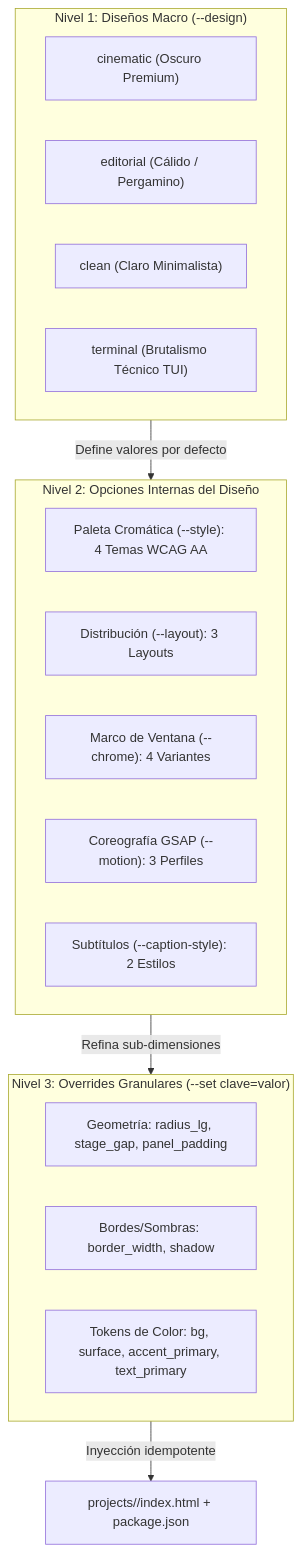
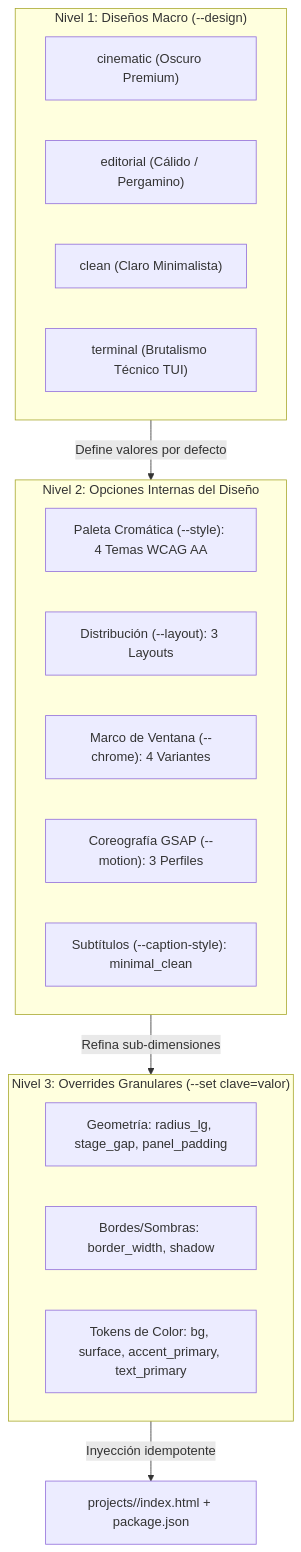
The diagram in docs/04-sistema-de-diseno/01-sistema-de-diseno-y-estilos.md (JorgeDoicela/video-pipeline), drawn with Mermaid before and after one commit. The commit also changed 4 other files, not shown here.

Commit message:
docs: sincronizar documentacion y docstrings con catalogo canonico y minimal_clean

````diff
--- a/docs/04-sistema-de-diseno/01-sistema-de-diseno-y-estilos.md
+++ b/docs/04-sistema-de-diseno/01-sistema-de-diseno-y-estilos.md
@@ -11,27 +11,27 @@
 ```mermaid
 flowchart TD
     subgraph N1 ["Nivel 1: Diseños Macro (--design)"]
         D1["cinematic (Oscuro Premium)"]
         D2["editorial (Cálido / Pergamino)"]
         D3["clean (Claro Minimalista)"]
         D4["terminal (Brutalismo Técnico TUI)"]
     end
 
     subgraph N2 ["Nivel 2: Opciones Internas del Diseño"]
         S["Paleta Cromática (--style): 4 Temas WCAG AA"]
         L["Distribución (--layout): 3 Layouts"]
         C["Marco de Ventana (--chrome): 4 Variantes"]
         M["Coreografía GSAP (--motion): 3 Perfiles"]
-        K["Subtítulos (--caption-style): 2 Estilos"]
+        K["Subtítulos (--caption-style): minimal_clean"]
     end
 
     subgraph N3 ["Nivel 3: Overrides Granulares (--set clave=valor)"]
         O1["Geometría: radius_lg, stage_gap, panel_padding"]
         O2["Bordes/Sombras: border_width, shadow"]
         O3["Tokens de Color: bg, surface, accent_primary, text_primary"]
     end
 
     N1 -->|"Define valores por defecto"| N2
     N2 -->|"Refina sub-dimensiones"| N3
     N3 -->|"Inyección idempotente"| HTML["projects/<slug>/index.html + package.json"]
 ```
````
